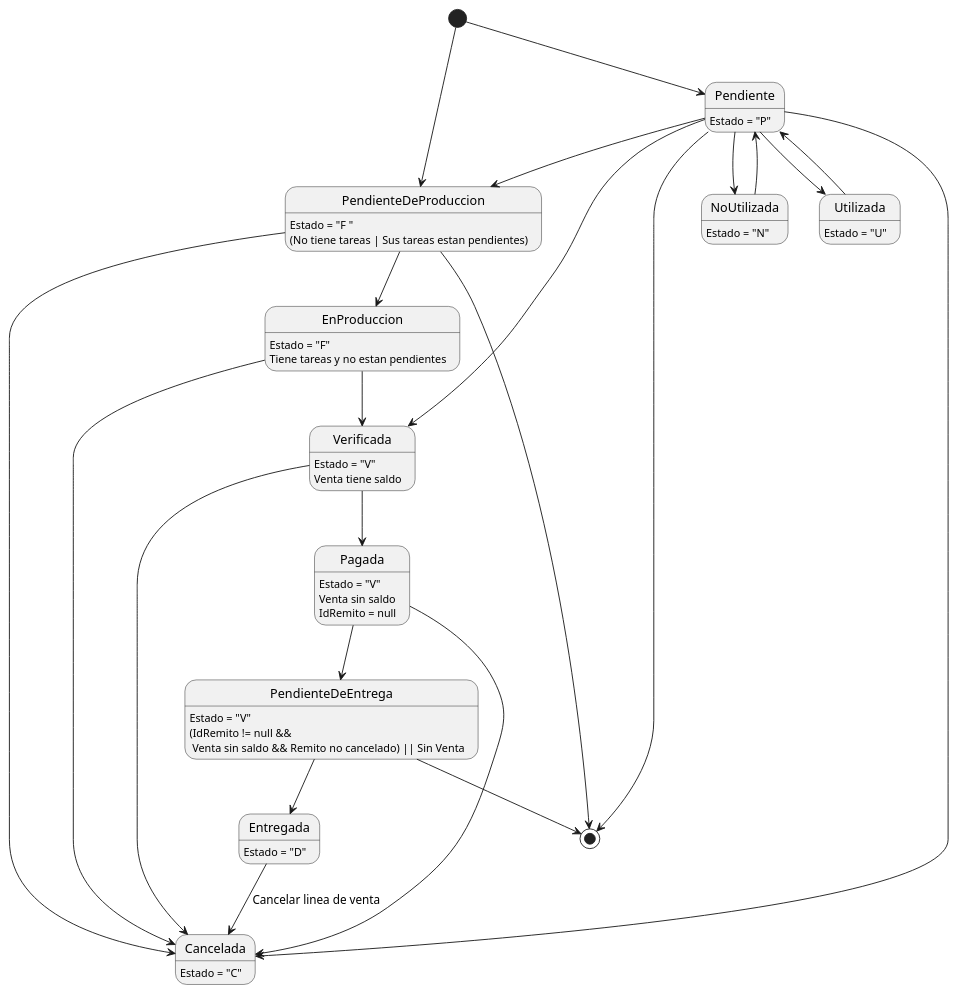
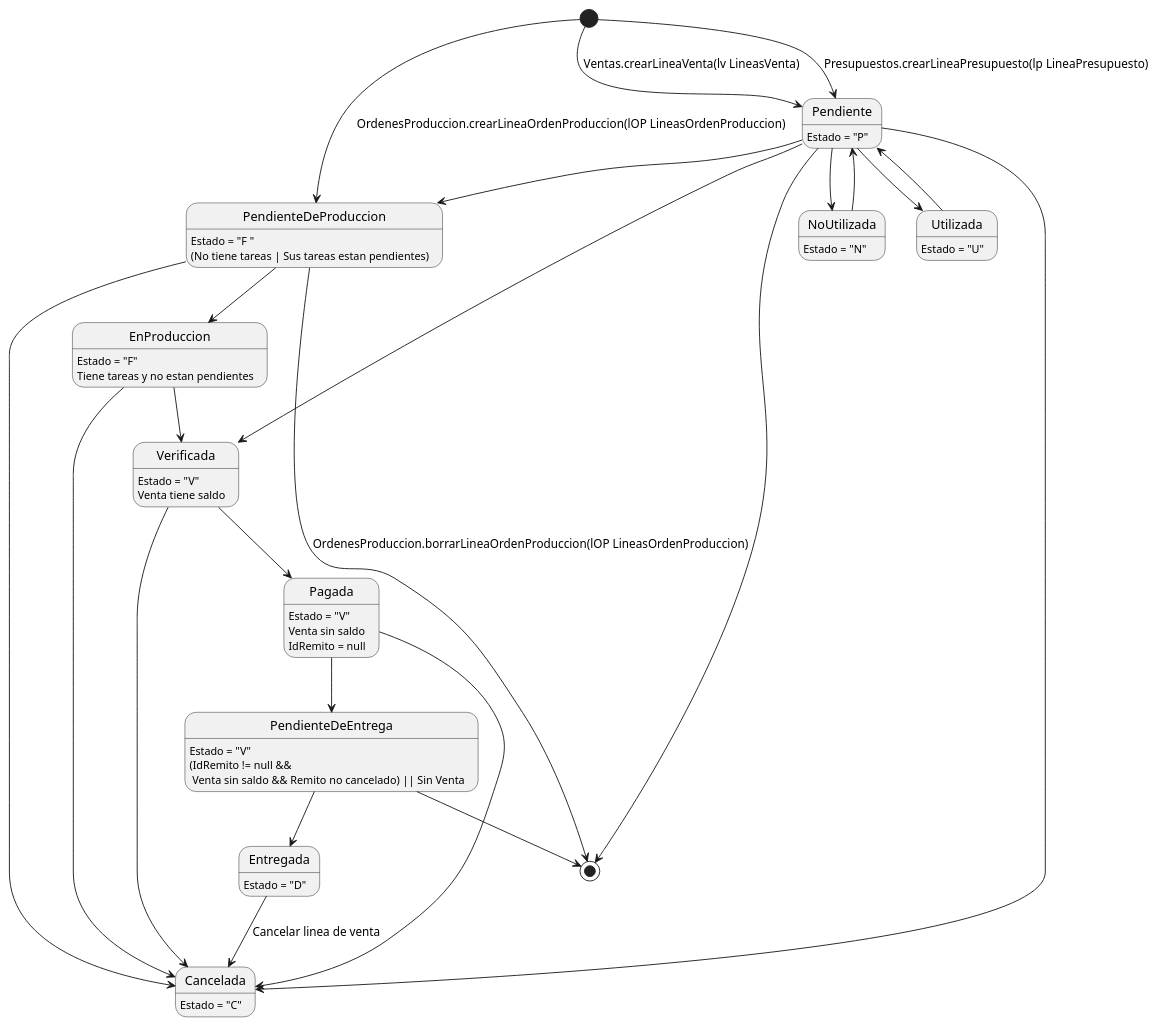
One commit to ZMGestion/DocumentacionZMGestion changed the third of 7 diagrams in DiagramasEstado/DiagramaDeEstado.puml. Above: the diagram before and after it, drawn with PlantUML. The commit also changed other lines of this file and 4 other files, not shown here.

Commit message:
Metodos en Diagrama de estados

```diff
--- a/DiagramasEstado/DiagramaDeEstado.puml
+++ b/DiagramasEstado/DiagramaDeEstado.puml
@@ -38,44 +39,45 @@
 @startuml lineasProducto
 Pendiente: Estado = "P"
 Cancelada: Estado = "C"
 NoUtilizada: Estado = "N"
 Utilizada: Estado = "U"
 PendienteDeProduccion: Estado = "F "
 PendienteDeProduccion:(No tiene tareas | Sus tareas estan pendientes)
 EnProduccion: Estado = "F"
 EnProduccion: Tiene tareas y no estan pendientes
 Verificada: Estado = "V"
 Verificada: Venta tiene saldo
 Pagada: Estado = "V"
 Pagada: Venta sin saldo 
 Pagada: IdRemito = null
 PendienteDeEntrega: Estado = "V"
 PendienteDeEntrega: (IdRemito != null && \n Venta sin saldo && Remito no cancelado) || Sin Venta 
 'Hicimos que estado = D para simplicidad en la busqueda.
 Entregada: Estado = "D" 
 
 top to bottom direction
-[*] --> Pendiente
+[*] --> Pendiente: Presupuestos.crearLineaPresupuesto(lp LineaPresupuesto)
+[*] --> Pendiente: Ventas.crearLineaVenta(lv LineasVenta)
 Pendiente --> [*]
-[*] --> PendienteDeProduccion
-PendienteDeProduccion --> [*]
+[*] --> PendienteDeProduccion: OrdenesProduccion.crearLineaOrdenProduccion(lOP LineasOrdenProduccion)
+PendienteDeProduccion --> [*]: OrdenesProduccion.borrarLineaOrdenProduccion(lOP LineasOrdenProduccion)
 Pendiente --> Utilizada
 Utilizada --> Pendiente
 Pendiente --> NoUtilizada
 NoUtilizada --> Pendiente
 Pendiente --> Cancelada
 Pendiente --> PendienteDeProduccion
 Pendiente --> Verificada
 PendienteDeProduccion --> Cancelada
 PendienteDeProduccion --> EnProduccion
 EnProduccion --> Cancelada
 Verificada --> Cancelada
 Pagada --> Cancelada
 EnProduccion --> Verificada
 Verificada --> Pagada
 Pagada --> PendienteDeEntrega
 PendienteDeEntrega --> Entregada
 PendienteDeEntrega --> [*]
 Entregada --> Cancelada : Cancelar linea de venta
 
 @enduml
```
